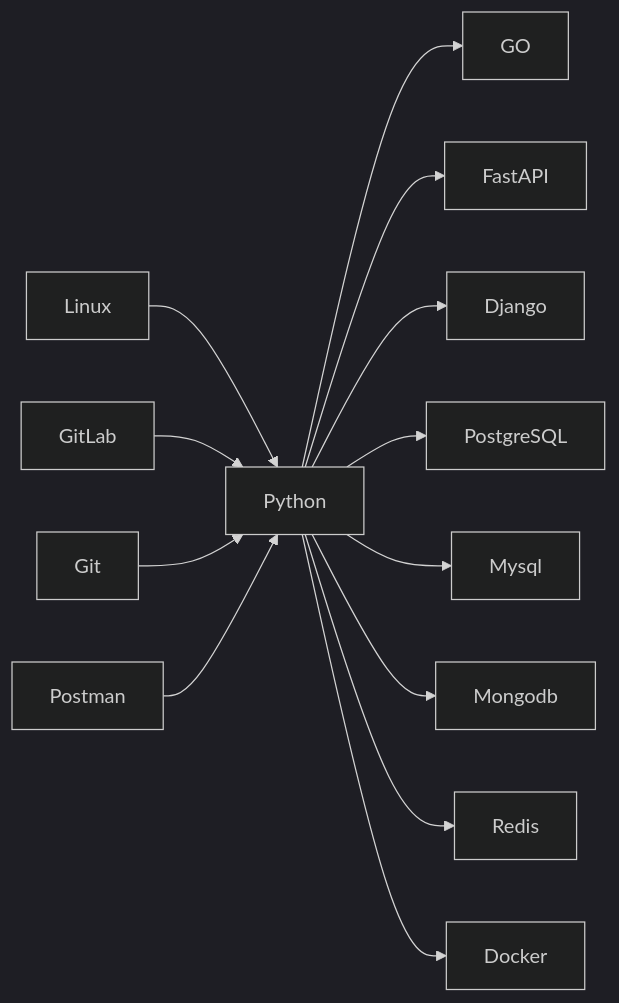
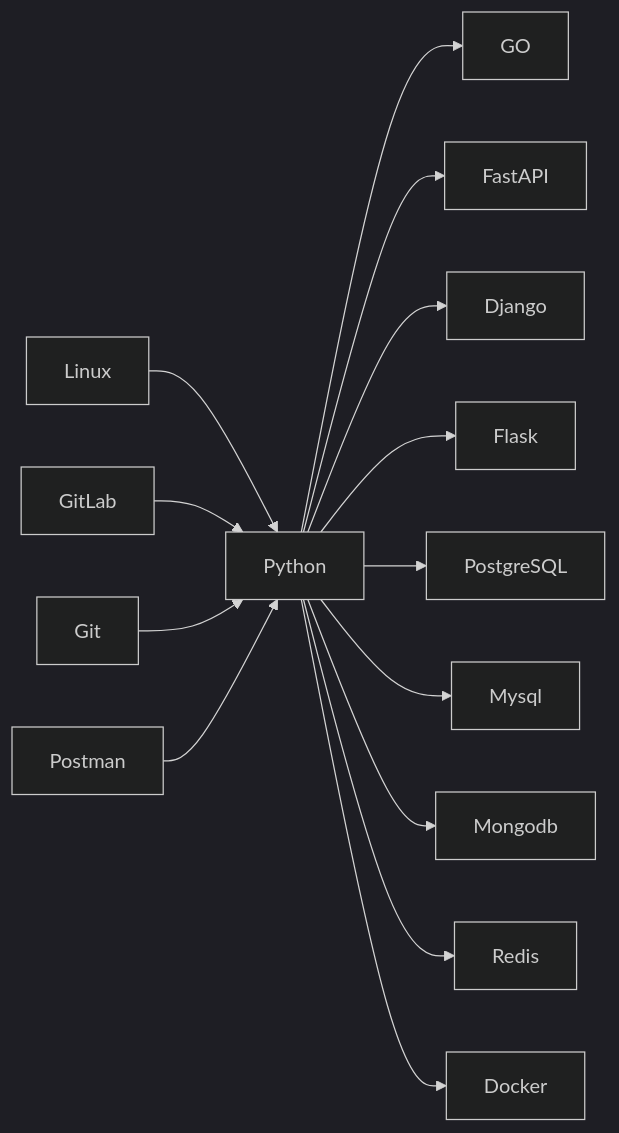
The diagram in README.md (melixz/melixz), drawn with Mermaid (dark theme) before and after one commit.

````diff
--- a/README.md
+++ b/README.md
@@ -92,30 +92,32 @@
 ```mermaid
 graph LR
   A1[Python]
   L1[Linux]
   M1[GO]
   B1[FastAPI]
   C1[Docker]
   D1[Redis]
   E1[Django]
+  Z1[Flask]
   F1[PostgreSQL]
   V1[Mysql]
   N1[Mongodb]
   X1[Postman]
   H1[Git]
   P1[GitLab]
 
   L1 --> A1
   A1 --> M1
   A1 --> B1
   A1 --> E1
+  A1 --> Z1
   P1 --> A1
   H1 --> A1
   A1 --> F1
   A1 --> V1
   A1 --> N1
   A1 --> D1
   A1 --> C1
   X1 --> A1
 
 ```
````
